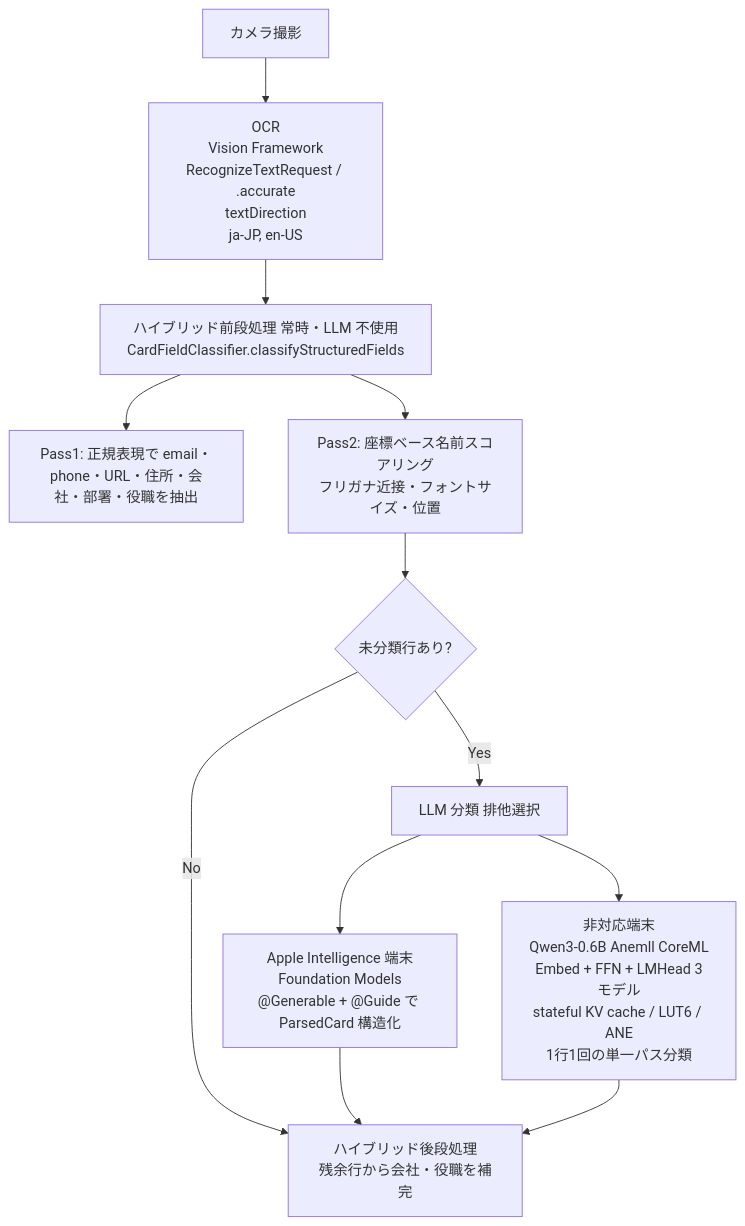
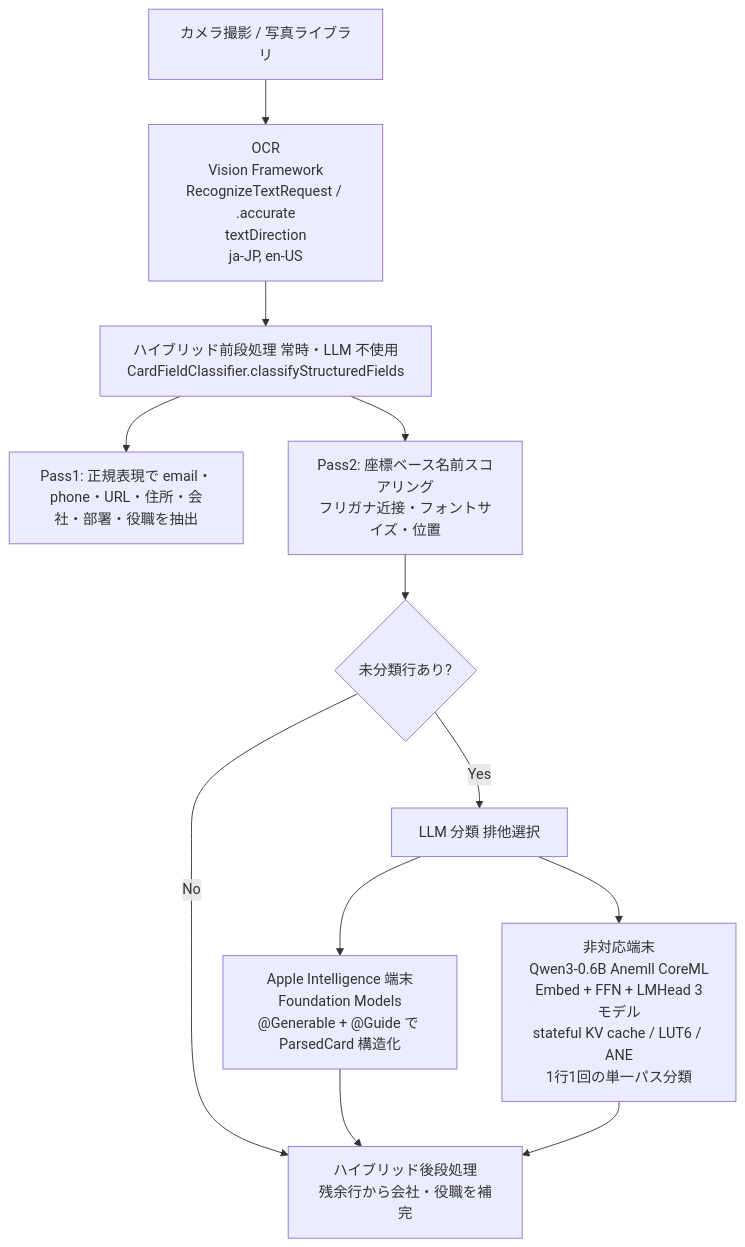
The diagram in README.md (hannaheptapod/meishi-app), drawn with Mermaid before and after one commit. The commit also changed other lines of this file and 58 other files, not shown here.

````diff
--- a/README.md
+++ b/README.md
@@ -38,14 +41,14 @@
 ```mermaid
 flowchart TD
-  A[カメラ撮影] --> B[OCR<br/>Vision Framework<br/>RecognizeTextRequest / .accurate<br/>textDirection<br/>ja-JP, en-US]
+  A[カメラ撮影 / 写真ライブラリ] --> B[OCR<br/>Vision Framework<br/>RecognizeTextRequest / .accurate<br/>textDirection<br/>ja-JP, en-US]
   B --> C[ハイブリッド前段処理 常時・LLM 不使用<br/>CardFieldClassifier.classifyStructuredFields]
   C --> C1[Pass1: 正規表現で email・phone・URL・住所・会社・部署・役職を抽出]
   C --> C2[Pass2: 座標ベース名前スコアリング<br/>フリガナ近接・フォントサイズ・位置]
   C2 --> D{未分類行あり?}
   D -- Yes --> E[LLM 分類 排他選択]
   E --> E1[Apple Intelligence 端末<br/>Foundation Models<br/>@Generable + @Guide で ParsedCard 構造化]
   E --> E2[非対応端末<br/>Qwen3-0.6B Anemll CoreML<br/>Embed + FFN + LMHead 3モデル<br/>stateful KV cache / LUT6 / ANE<br/>1行1回の単一パス分類]
   D -- No --> F
   E1 --> F[ハイブリッド後段処理<br/>残余行から会社・役職を補完]
   E2 --> F
 ```
````
